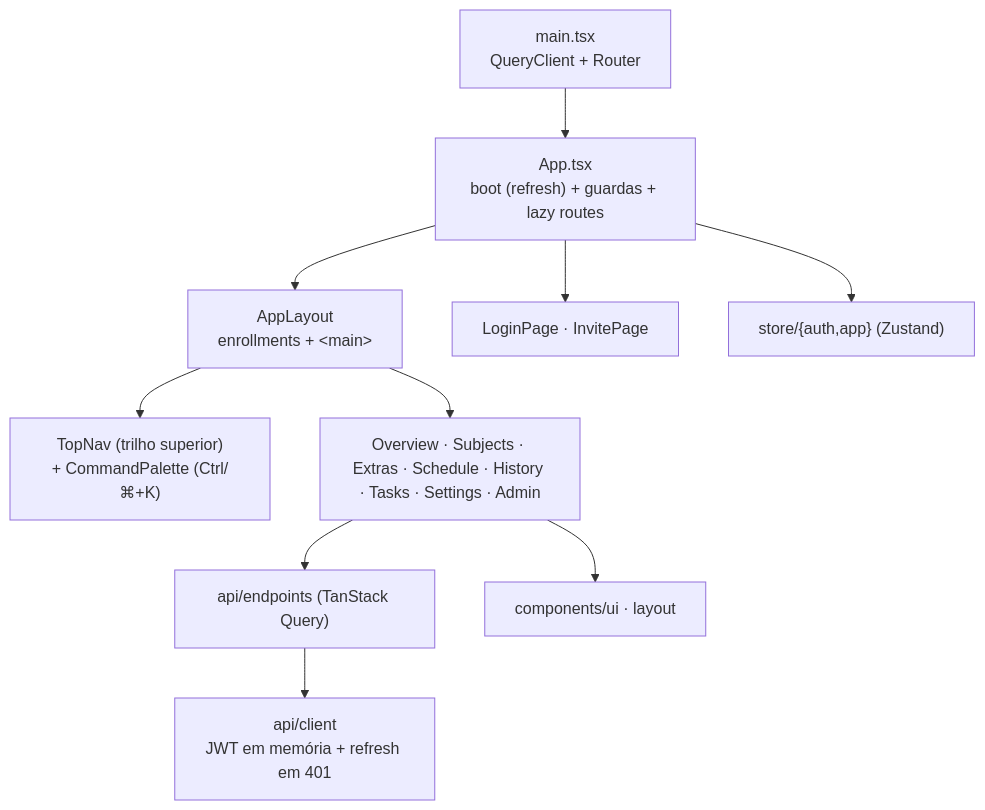
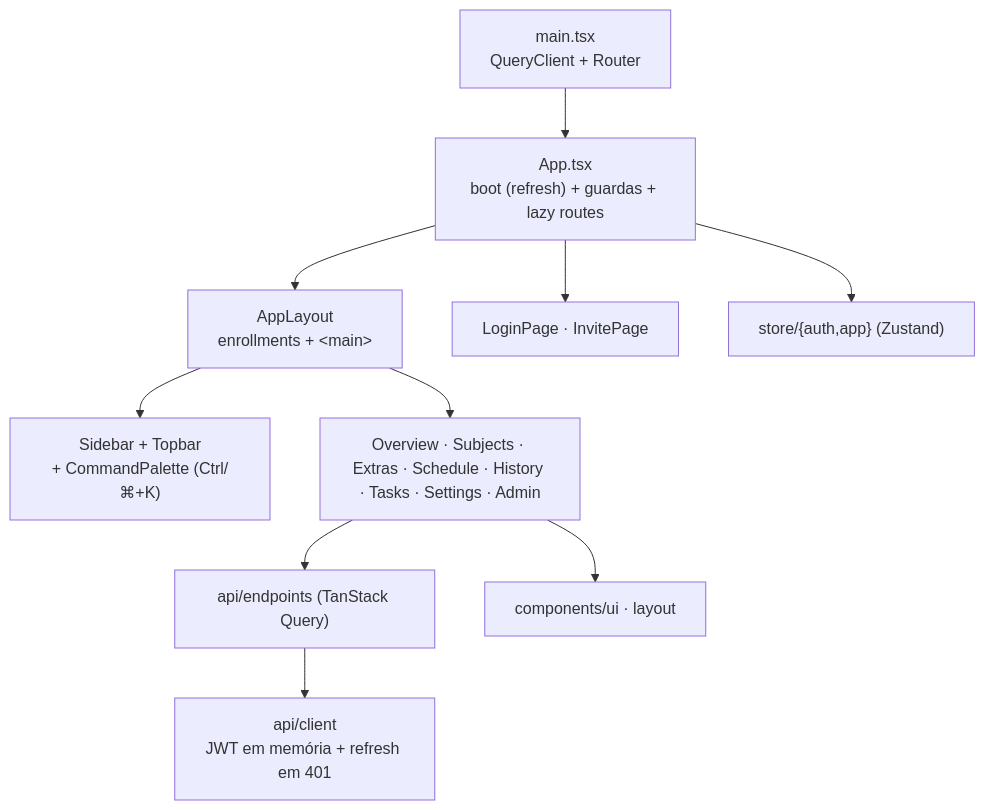
The seventh of 9 diagrams in docs/ARQUITETURA.md (higorfs295/Painel_UFG), drawn with Mermaid before and after one commit. The commit also changed other lines of this file and 19 other files, not shown here.

````diff
--- a/docs/ARQUITETURA.md
+++ b/docs/ARQUITETURA.md
@@ -297,12 +297,12 @@
 ```mermaid
 flowchart TD
   main["main.tsx<br/>QueryClient + Router"] --> App
   App["App.tsx<br/>boot (refresh) + guardas + lazy routes"] --> Layout["AppLayout<br/>enrollments + &lt;main&gt;"]
   App --> Auth["LoginPage · InvitePage"]
-  Layout --> Nav["TopNav (trilho superior)<br/>+ CommandPalette (Ctrl/⌘+K)"]
+  Layout --> Nav["Sidebar + Topbar<br/>+ CommandPalette (Ctrl/⌘+K)"]
   Layout --> Pages["Overview · Subjects · Extras · Schedule · History · Tasks · Settings · Admin"]
   Pages --> Q["api/endpoints (TanStack Query)"]
   Pages --> UI["components/ui · layout"]
   Q --> Client["api/client<br/>JWT em memória + refresh em 401"]
   App --> Store["store/{auth,app} (Zustand)"]
 ```
````
